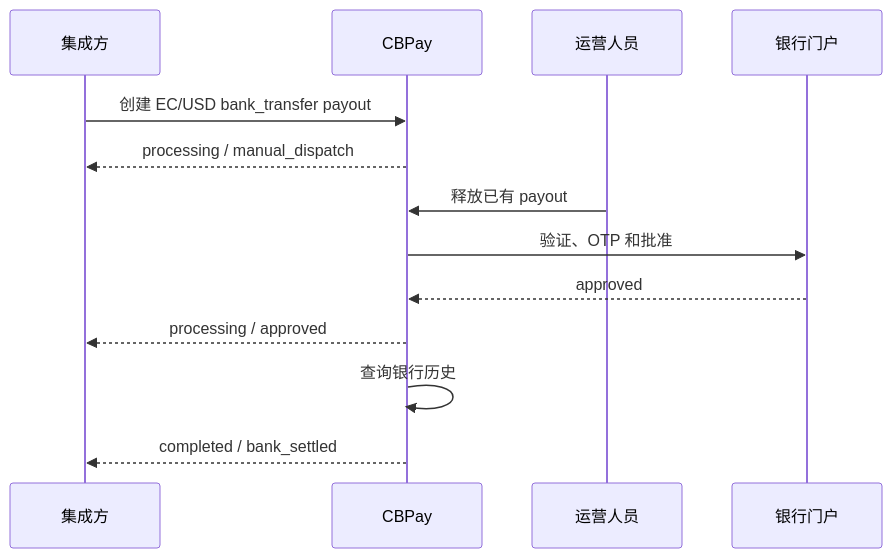
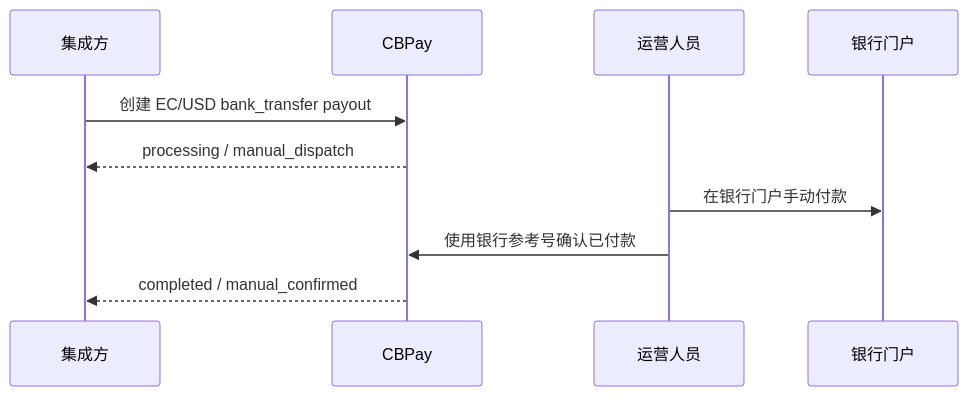
The diagram in zh/guides/ecuador-manual-payouts.mdx (CBpayapp/cbpay-docs), drawn with Mermaid before and after one commit. The commit also changed other lines of this file and 32 other files, not shown here.

````diff
--- a/zh/guides/ecuador-manual-payouts.mdx
+++ b/zh/guides/ecuador-manual-payouts.mdx
@@ -29,15 +28,12 @@
 ```mermaid
 sequenceDiagram
   participant I as 集成方
   participant C as CBPay
   participant O as 运营人员
   participant B as 银行门户
   I->>C: 创建 EC/USD bank_transfer payout
   C-->>I: processing / manual_dispatch
-  O->>C: 释放已有 payout
-  C->>B: 验证、OTP 和批准
-  B-->>C: approved
-  C-->>I: processing / approved
-  C->>C: 查询银行历史
-  C-->>I: completed / bank_settled
+  O->>B: 在银行门户手动付款
+  O->>C: 使用银行参考号确认已付款
+  C-->>I: completed / manual_confirmed
 ```
````
